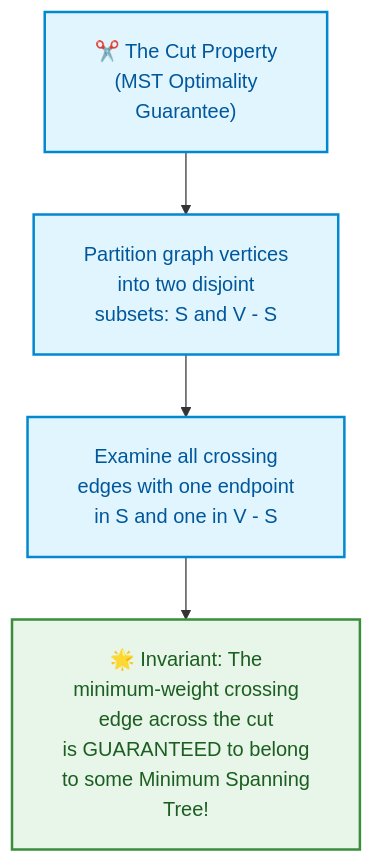
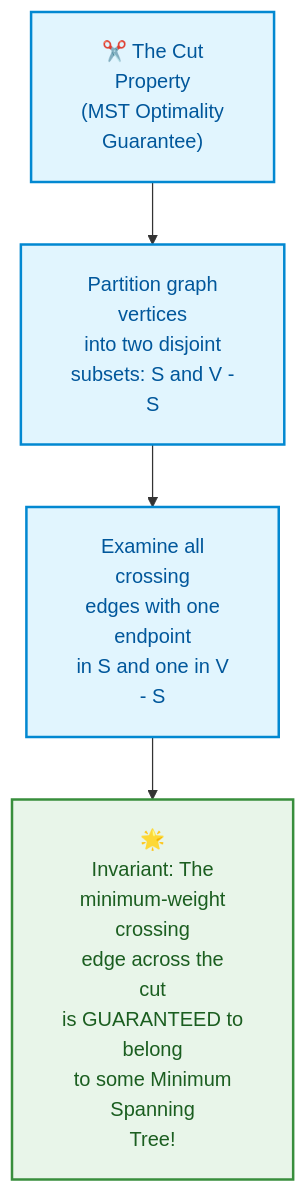
Before and after one commit to dip4k/DSA_102: diagram 12 of 15 in week_09_graph_algorithms_i/Week_09_Visual_Concepts_Playbook_HYBRID.md, drawn with Mermaid. The commit also changed other lines of this file and 106 other files, not shown here.

First line of the commit message:
fix(mermaid): prevent text clipping with foreignObject overflow and tighter line wrapping

````diff
--- a/week_09_graph_algorithms_i/Week_09_Visual_Concepts_Playbook_HYBRID.md
+++ b/week_09_graph_algorithms_i/Week_09_Visual_Concepts_Playbook_HYBRID.md
@@ -446,11 +446,11 @@
 ```mermaid
-%%{init: {"flowchart": {"htmlLabels": true, "padding": 20}}}%%
+%%{init: {"flowchart": {"htmlLabels": true, "padding": 20}, "themeCSS": "foreignObject { overflow: visible !important; }"}}%%
 flowchart TD
     classDef cut fill:#e1f5fe,stroke:#0288d1,color:#01579b,stroke-width:2px;
     classDef min fill:#e8f5e9,stroke:#388e3c,color:#1b5e20,stroke-width:2px;
 
-    C["✂️ The Cut Property<br/>(MST Optimality<br/>Guarantee)"]:::cut
-    C --> P1["Partition graph vertices<br/>into two disjoint<br/>subsets: S and V - S"]:::cut
-    P1 --> P2["Examine all crossing<br/>edges with one endpoint<br/>in S and one in V - S"]:::cut
-    P2 --> Min["🌟 Invariant: The<br/>minimum-weight crossing<br/>edge across the cut<br/>is GUARANTEED to belong<br/>to some Minimum Spanning<br/>Tree!"]:::min
+    C["✂️ The Cut<br/>Property<br/>(MST Optimality<br/>Guarantee)"]:::cut
+    C --> P1["Partition graph<br/>vertices<br/>into two disjoint<br/>subsets: S and V -<br/>S"]:::cut
+    P1 --> P2["Examine all<br/>crossing<br/>edges with one<br/>endpoint<br/>in S and one in V<br/>- S"]:::cut
+    P2 --> Min["🌟<br/>Invariant: The<br/>minimum-weight<br/>crossing<br/>edge across the<br/>cut<br/>is GUARANTEED to<br/>belong<br/>to some Minimum<br/>Spanning<br/>Tree!"]:::min
 ```
````
